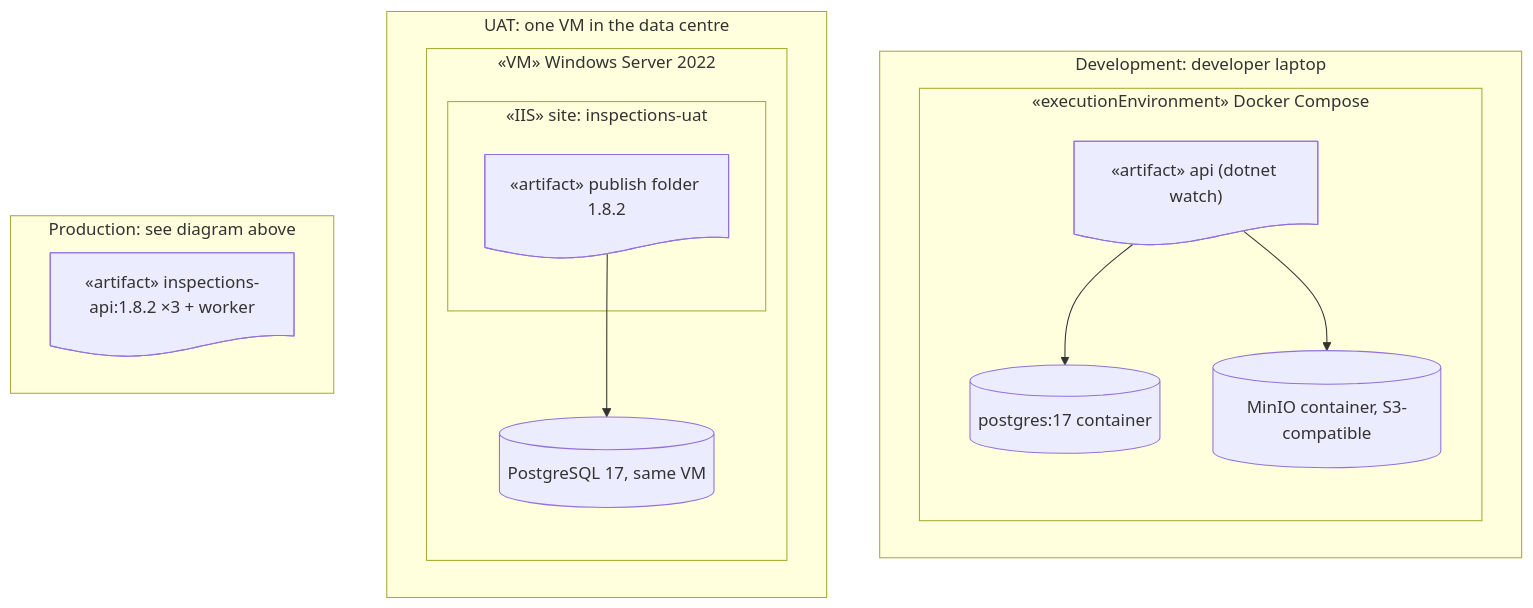
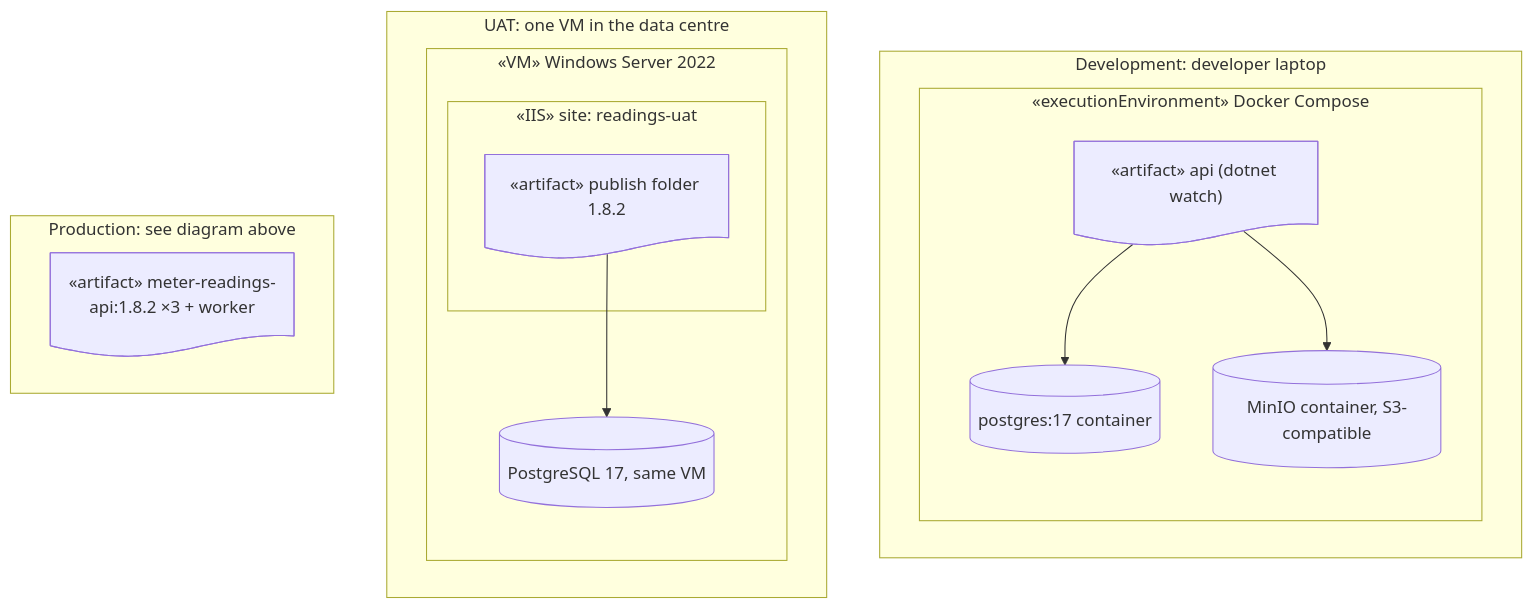
The third of 7 diagrams in content/lessons/m05/m05-deployment-diagrams.md (rizwi0786/system-design-lab), drawn with Mermaid before and after one commit. The commit also changed other lines of this file and 334 other files, not shown here.

````diff
--- a/content/lessons/m05/m05-deployment-diagrams.md
+++ b/content/lessons/m05/m05-deployment-diagrams.md
@@ -269,24 +269,24 @@
 ```mermaid
 flowchart TB
     subgraph devEnv["Development: developer laptop"]
         subgraph compose["«executionEnvironment» Docker Compose"]
             devApi@{ shape: doc, label: "«artifact» api (dotnet watch)" }
             devDb[("postgres:17 container")]
             devStore[("MinIO container, S3-compatible")]
         end
     end
     subgraph uatEnv["UAT: one VM in the data centre"]
         subgraph uatVm["«VM» Windows Server 2022"]
-            subgraph uatIis["«IIS» site: inspections-uat"]
+            subgraph uatIis["«IIS» site: readings-uat"]
                 uatApi@{ shape: doc, label: "«artifact» publish folder 1.8.2" }
             end
             uatDb[("PostgreSQL 17, same VM")]
         end
     end
     subgraph prodEnv["Production: see diagram above"]
-        prodApi@{ shape: doc, label: "«artifact» inspections-api:1.8.2 ×3 + worker" }
+        prodApi@{ shape: doc, label: "«artifact» meter-readings-api:1.8.2 ×3 + worker" }
     end
     devApi --> devDb
     devApi --> devStore
     uatApi --> uatDb
 ```
````
